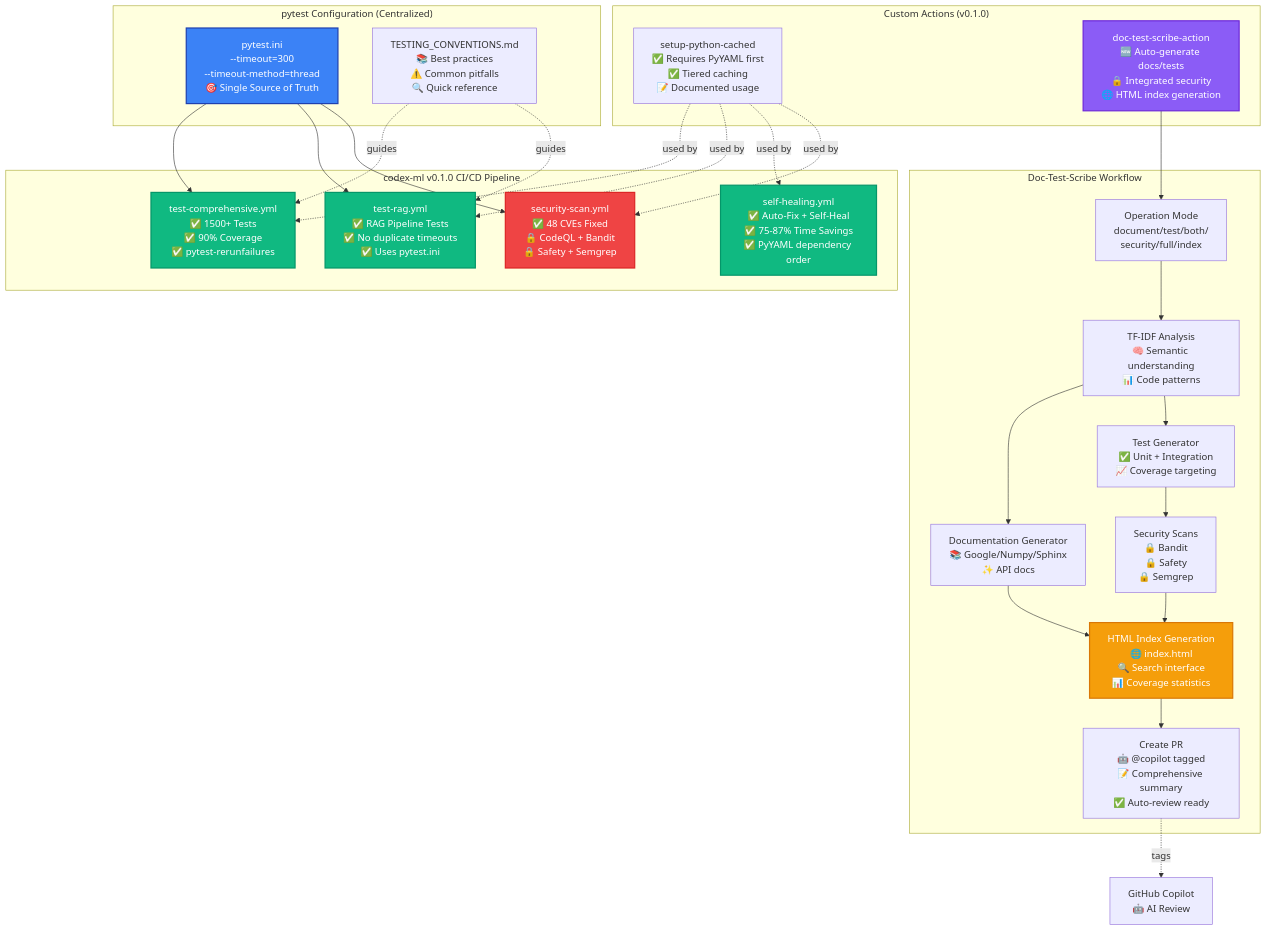
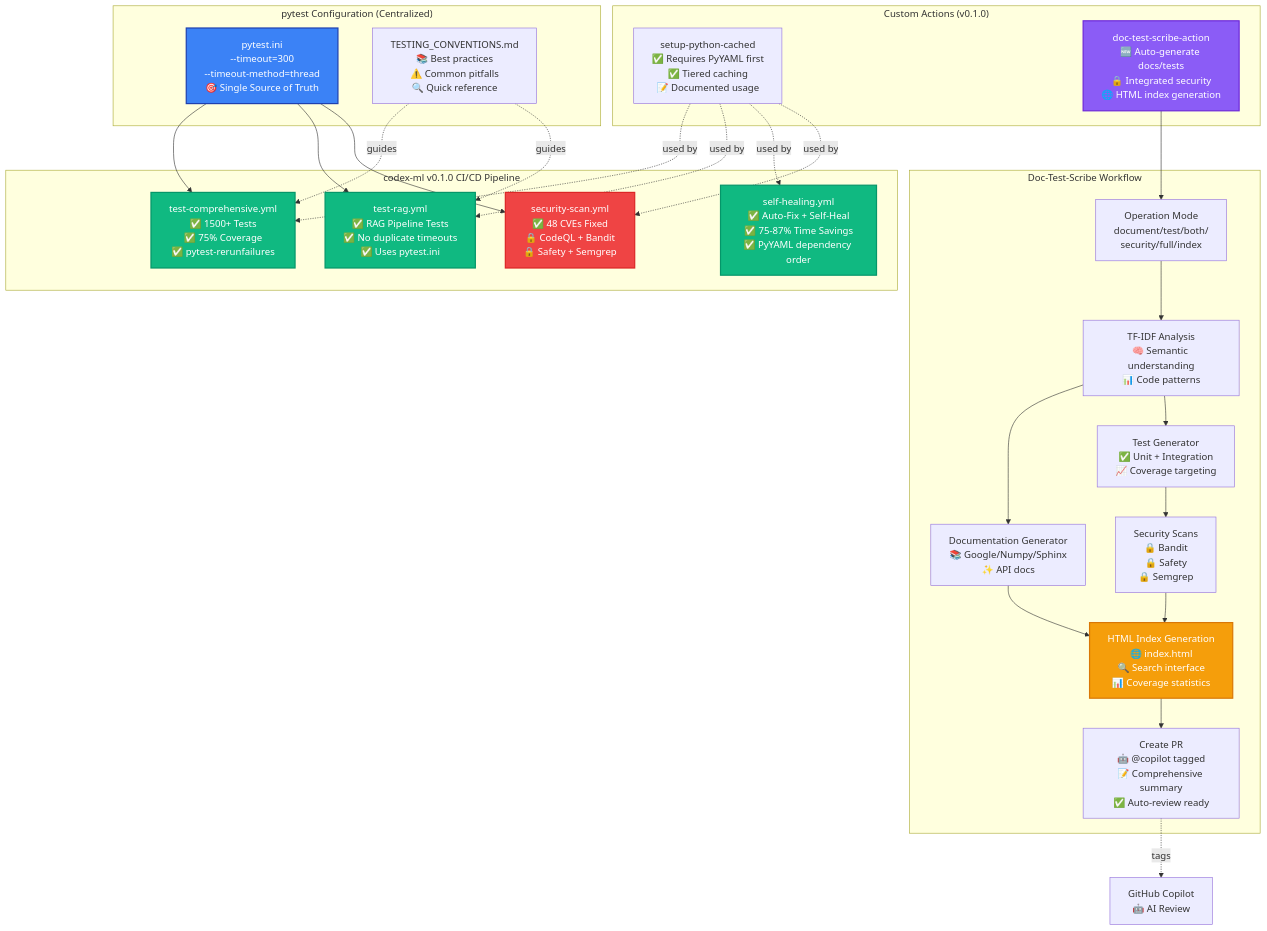
One commit to Aries-Serpent/_codex_ changed the first of 13 diagrams in docs/REPOSITORY_ARCHITECTURE_DIAGRAMS.md. Above: the diagram before and after it, drawn with Mermaid. The commit also changed other lines of this file and 10 other files, not shown here.

Commit message:
feat(docs): systematic doc metrics sync — script, pre-commit hook, fix 27 stale Mermaid/KPI values

````diff
--- a/docs/REPOSITORY_ARCHITECTURE_DIAGRAMS.md
+++ b/docs/REPOSITORY_ARCHITECTURE_DIAGRAMS.md
@@ -29,64 +29,64 @@
 ```mermaid
 graph TB
     subgraph "codex-ml v0.1.0 CI/CD Pipeline"
-        TC[test-comprehensive.yml<br/>✅ 1500+ Tests<br/>✅ 90% Coverage<br/>✅ pytest-rerunfailures]
+        TC[test-comprehensive.yml<br/>✅ 1500+ Tests<br/>✅ 75% Coverage<br/>✅ pytest-rerunfailures]
         TR[test-rag.yml<br/>✅ RAG Pipeline Tests<br/>✅ No duplicate timeouts<br/>✅ Uses pytest.ini]
         SH[self-healing.yml<br/>✅ Auto-Fix + Self-Heal<br/>✅ 75-87% Time Savings<br/>✅ PyYAML dependency order]
         SEC[security-scan.yml<br/>✅ 48 CVEs Fixed<br/>🔒 CodeQL + Bandit<br/>🔒 Safety + Semgrep]
     end
 
     subgraph "pytest Configuration (Centralized)"
         PI[pytest.ini<br/>--timeout=300<br/>--timeout-method=thread<br/>🎯 Single Source of Truth]
         CONV[TESTING_CONVENTIONS.md<br/>📚 Best practices<br/>⚠️ Common pitfalls<br/>🔍 Quick reference]
     end
 
     subgraph "Custom Actions (v0.1.0)"
         SPC[setup-python-cached<br/>✅ Requires PyYAML first<br/>✅ Tiered caching<br/>📝 Documented usage]
         DTS[doc-test-scribe-action<br/>🆕 Auto-generate docs/tests<br/>🔒 Integrated security<br/>🌐 HTML index generation]
     end
 
     subgraph "Doc-Test-Scribe Workflow"
         MODE[Operation Mode<br/>document/test/both/<br/>security/full/index]
         ANALYZE[TF-IDF Analysis<br/>🧠 Semantic understanding<br/>📊 Code patterns]
         GENDOC[Documentation Generator<br/>📚 Google/Numpy/Sphinx<br/>✨ API docs]
         GENTEST[Test Generator<br/>✅ Unit + Integration<br/>📈 Coverage targeting]
         SECURITY[Security Scans<br/>🔒 Bandit<br/>🔒 Safety<br/>🔒 Semgrep]
         HTML[HTML Index Generation<br/>🌐 index.html<br/>🔍 Search interface<br/>📊 Coverage statistics]
         PR[Create PR<br/>🤖 @copilot tagged<br/>📝 Comprehensive summary<br/>✅ Auto-review ready]
     end
 
     %% Configuration flows
     PI --> TC
     PI --> TR
     PI --> SEC
     CONV -.guides.-> TC
     CONV -.guides.-> TR
 
     %% Custom action usage
     SPC -.used by.-> TC
     SPC -.used by.-> TR
     SPC -.used by.-> SH
     SPC -.used by.-> SEC
 
     %% Doc-Test-Scribe workflow
     MODE --> ANALYZE
     ANALYZE --> GENDOC
     ANALYZE --> GENTEST
     GENDOC --> HTML
     GENTEST --> SECURITY
     SECURITY --> HTML
     HTML --> PR
 
     %% Integration points
     DTS --> MODE
     PR -.tags.-> Copilot[GitHub Copilot<br/>🤖 AI Review]
 
     %% Styling v0.1.0
     style TC fill:#10b981,stroke:#059669,stroke-width:2px,color:#fff
     style TR fill:#10b981,stroke:#059669,stroke-width:2px,color:#fff
     style SH fill:#10b981,stroke:#059669,stroke-width:2px,color:#fff
     style SEC fill:#ef4444,stroke:#dc2626,stroke-width:2px,color:#fff
     style PI fill:#3b82f6,stroke:#1e40af,stroke-width:2px,color:#fff
     style DTS fill:#8b5cf6,stroke:#6d28d9,stroke-width:2px,color:#fff
     style HTML fill:#f59e0b,stroke:#d97706,stroke-width:2px,color:#fff
 ```
````
